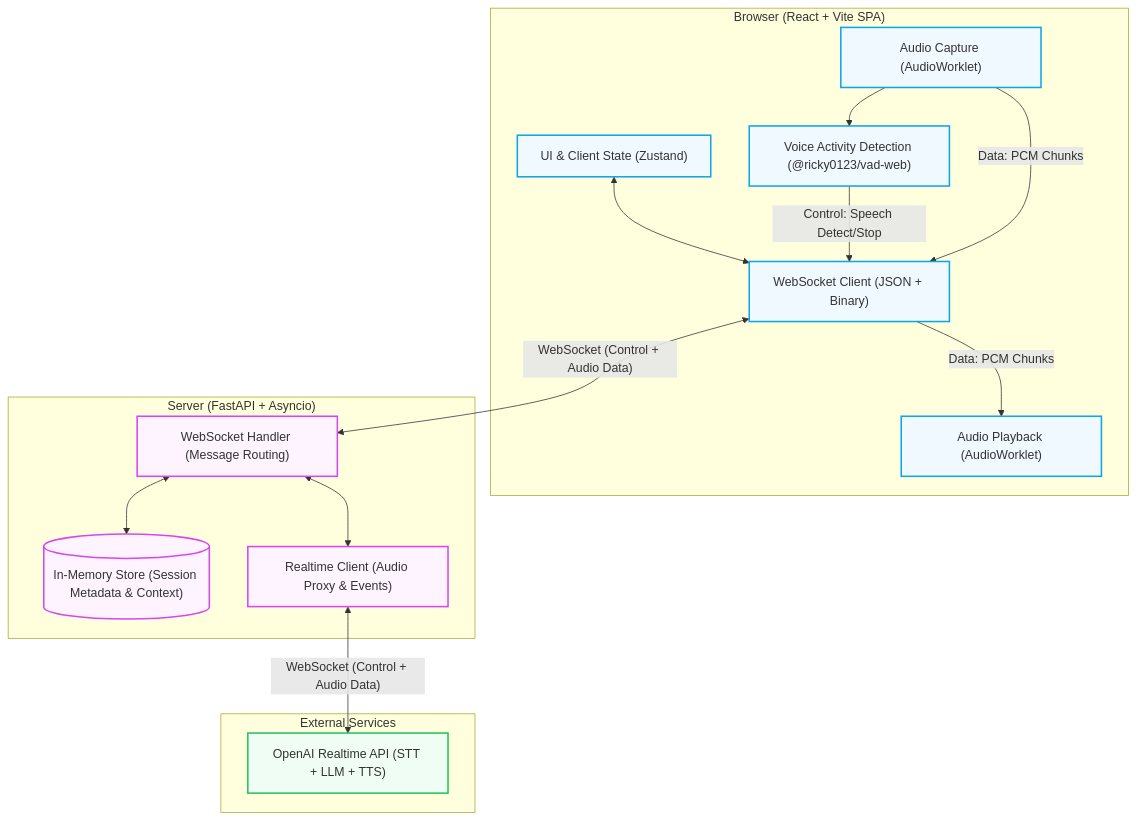
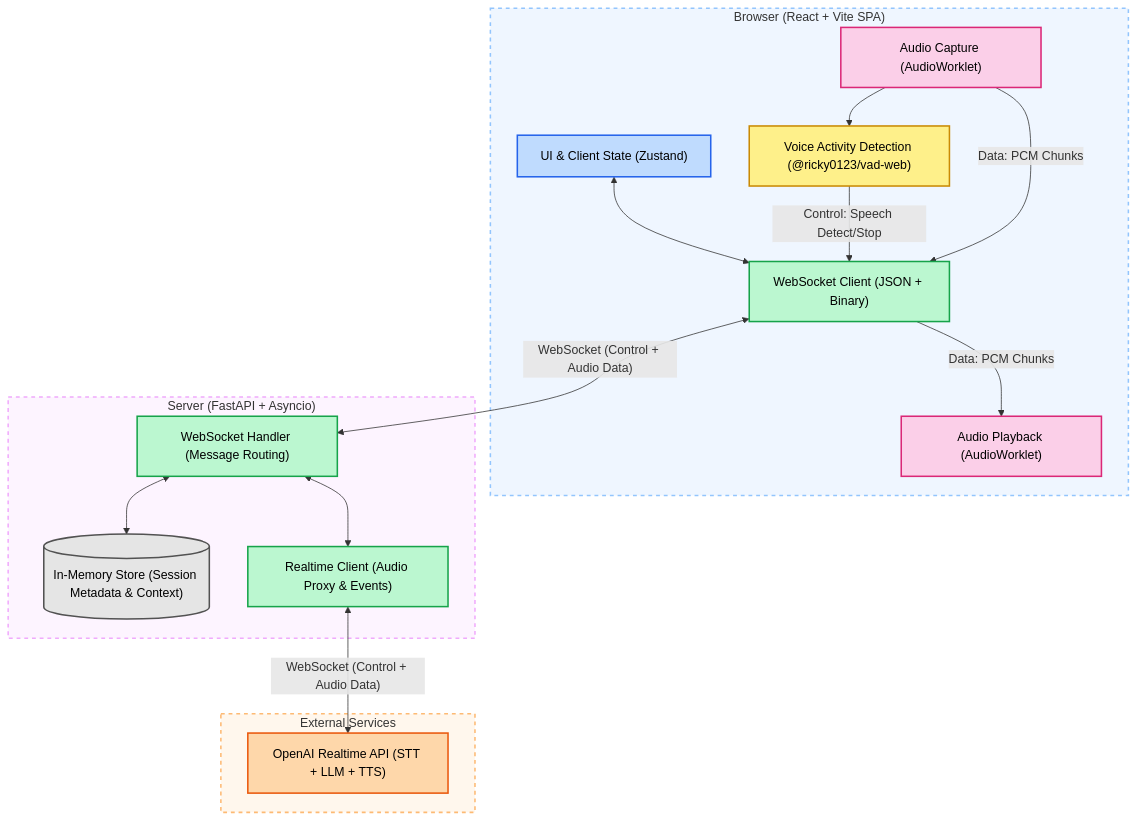
Before and after one commit to namtroi/VeloVoice-AI: the diagram in docs/highlevel-design.md, drawn with Mermaid.

Commit message:
docs: improve mermaid diagram colors in high-level design

````diff
--- a/docs/highlevel-design.md
+++ b/docs/highlevel-design.md
@@ -17,41 +17,50 @@
 ```mermaid
 graph TD
-    classDef client fill:#f0f9ff,stroke:#0ea5e9,stroke-width:2px;
-    classDef server fill:#fdf4ff,stroke:#d946ef,stroke-width:2px;
-    classDef external fill:#f0fdf4,stroke:#22c55e,stroke-width:2px;
+    %% Define component colors by type
+    classDef ui fill:#bfdbfe,stroke:#2563eb,stroke-width:2px,color:#000;
+    classDef audio fill:#fbcfe8,stroke:#db2777,stroke-width:2px,color:#000;
+    classDef logic fill:#fef08a,stroke:#ca8a04,stroke-width:2px,color:#000;
+    classDef network fill:#bbf7d0,stroke:#16a34a,stroke-width:2px,color:#000;
+    classDef storage fill:#e5e5e5,stroke:#525252,stroke-width:2px,color:#000;
+    classDef external fill:#fed7aa,stroke:#ea580c,stroke-width:2px,color:#000;
+
+    %% Subgraph styling
+    style Client fill:#eff6ff,stroke:#93c5fd,stroke-width:2px,stroke-dasharray: 5 5
+    style Backend fill:#fdf4ff,stroke:#f0abfc,stroke-width:2px,stroke-dasharray: 5 5
+    style External fill:#fff7ed,stroke:#fdba74,stroke-width:2px,stroke-dasharray: 5 5
 
     %% Frontend Components
     subgraph Client ["Browser (React + Vite SPA)"]
-        UI["UI & Client State (Zustand)"]:::client
-        AudioCap["Audio Capture (AudioWorklet)"]:::client
-        AudioPlay["Audio Playback (AudioWorklet)"]:::client
-        VAD["Voice Activity Detection (@ricky0123/vad-web)"]:::client
-        WSClient["WebSocket Client (JSON + Binary)"]:::client
+        UI["UI & Client State (Zustand)"]:::ui
+        AudioCap["Audio Capture (AudioWorklet)"]:::audio
+        AudioPlay["Audio Playback (AudioWorklet)"]:::audio
+        VAD["Voice Activity Detection (@ricky0123/vad-web)"]:::logic
+        WSClient["WebSocket Client (JSON + Binary)"]:::network
 
         UI <--> WSClient
         AudioCap --> VAD
         VAD -- "Control: Speech Detect/Stop" --> WSClient
         AudioCap -- "Data: PCM Chunks" --> WSClient
         WSClient -- "Data: PCM Chunks" --> AudioPlay
     end
 
     %% Backend Components
     subgraph Backend ["Server (FastAPI + Asyncio)"]
-        WSServer["WebSocket Handler (Message Routing)"]:::server
-        SessionStore[("In-Memory Store (Session Metadata & Context)")]:::server
-        Proxy["Realtime Client (Audio Proxy & Events)"]:::server
+        WSServer["WebSocket Handler (Message Routing)"]:::network
+        SessionStore[("In-Memory Store (Session Metadata & Context)")]:::storage
+        Proxy["Realtime Client (Audio Proxy & Events)"]:::network
 
         WSServer <--> Proxy
         WSServer <--> SessionStore
     end
 
     %% External Dependencies
     subgraph External ["External Services"]
         OpenAI["OpenAI Realtime API (STT + LLM + TTS)"]:::external
     end
 
     %% Connections
     WSClient -- "WebSocket (Control + Audio Data)" <--> WSServer
     Proxy -- "WebSocket (Control + Audio Data)" <--> OpenAI
 
 ```
````
